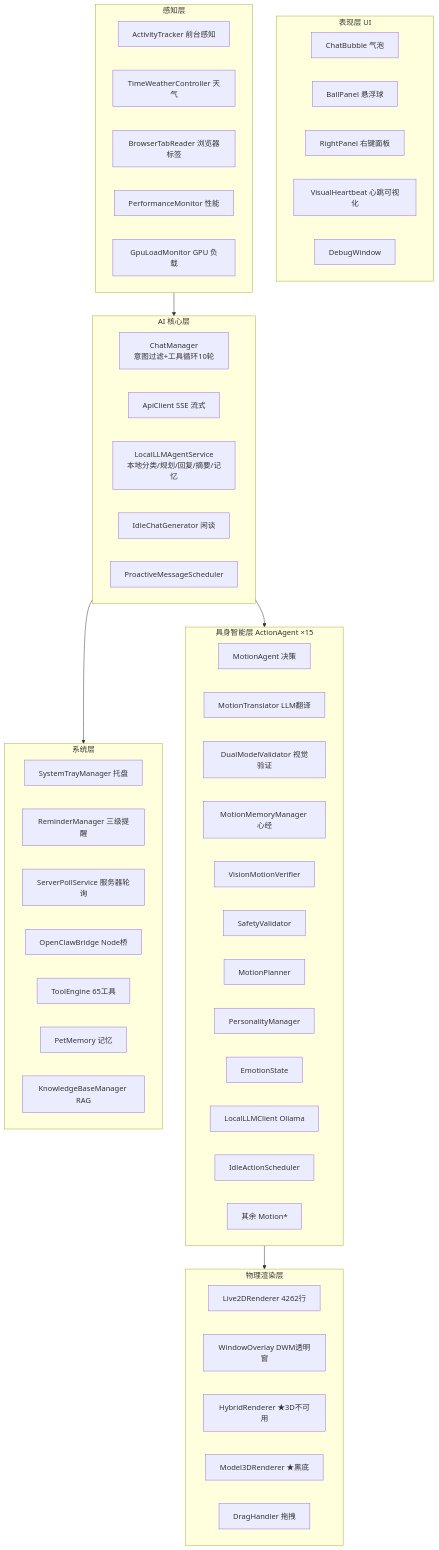
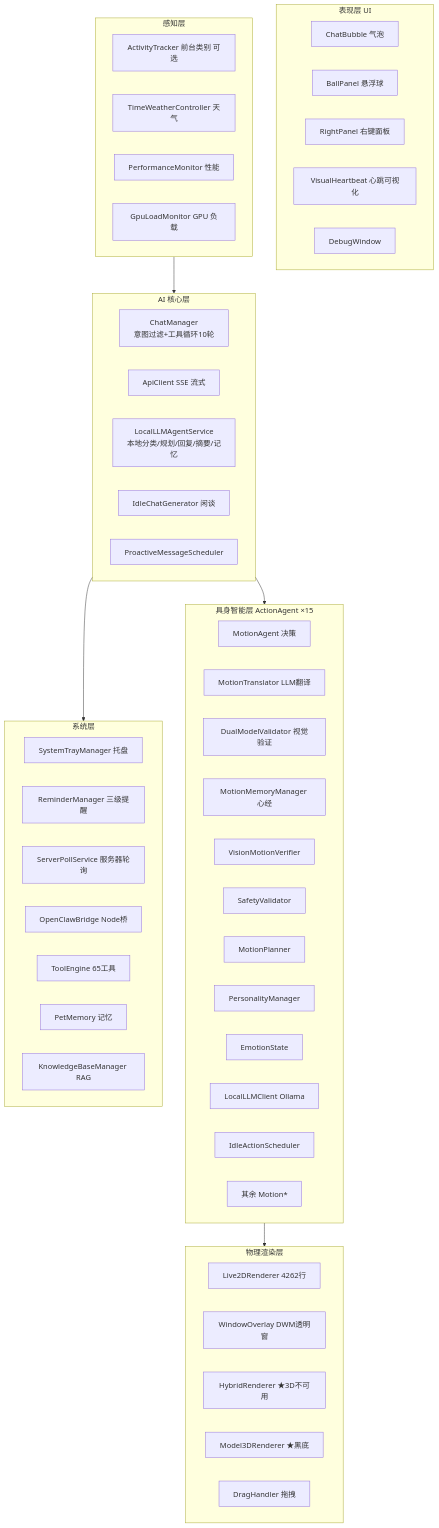
Before and after one commit to xuan-852/FuXuan_deskpet: the diagram in docs/code-truth-architecture.md, drawn with Mermaid. The commit also changed other lines of this file and 85 other files, not shown here.

````diff
--- a/docs/code-truth-architecture.md
+++ b/docs/code-truth-architecture.md
@@ -62,64 +62,63 @@
 ```mermaid
 flowchart TB
     subgraph UI[表现层 UI]
         A1[ChatBubble 气泡]
         A2[BallPanel 悬浮球]
         A3[RightPanel 右键面板]
         A4[VisualHeartbeat 心跳可视化]
         A5[DebugWindow]
     end
 
     subgraph AI[AI 核心层]
         B1[ChatManager<br/>意图过滤+工具循环10轮]
         B2[ApiClient SSE 流式]
         B3[LocalLLMAgentService<br/>本地分类/规划/回复/摘要/记忆]
         B4[IdleChatGenerator 闲谈]
         B5[ProactiveMessageScheduler]
     end
 
     subgraph PER[感知层]
-        C1[ActivityTracker 前台感知]
+        C1[ActivityTracker 前台类别 可选]
         C2[TimeWeatherController 天气]
-        C3[BrowserTabReader 浏览器标签]
         C4[PerformanceMonitor 性能]
         C5[GpuLoadMonitor GPU 负载]
     end
 
     subgraph EMB[具身智能层 ActionAgent ×15]
         D1[MotionAgent 决策]
         D2[MotionTranslator LLM翻译]
         D3[DualModelValidator 视觉验证]
         D4[MotionMemoryManager 心经]
         D5[VisionMotionVerifier]
         D6[SafetyValidator]
         D7[MotionPlanner]
         D8[PersonalityManager]
         D9[EmotionState]
         D10[LocalLLMClient Ollama]
         D11[IdleActionScheduler]
         D12[其余 Motion*]
     end
 
     subgraph PHYS[物理渲染层]
         E1[Live2DRenderer 4262行]
         E2[WindowOverlay DWM透明窗]
         E3[HybridRenderer ★3D不可用]
         E4[Model3DRenderer ★黑底]
         E5[DragHandler 拖拽]
     end
 
     subgraph SYS[系统层]
         F1[SystemTrayManager 托盘]
         F2[ReminderManager 三级提醒]
         F3[ServerPollService 服务器轮询]
         F4[OpenClawBridge Node桥]
         F5[ToolEngine 65工具]
         F6[PetMemory 记忆]
         F7[KnowledgeBaseManager RAG]
     end
 
     AI --> EMB
     PER --> AI
     EMB --> PHYS
     AI --> SYS
 ```
````
